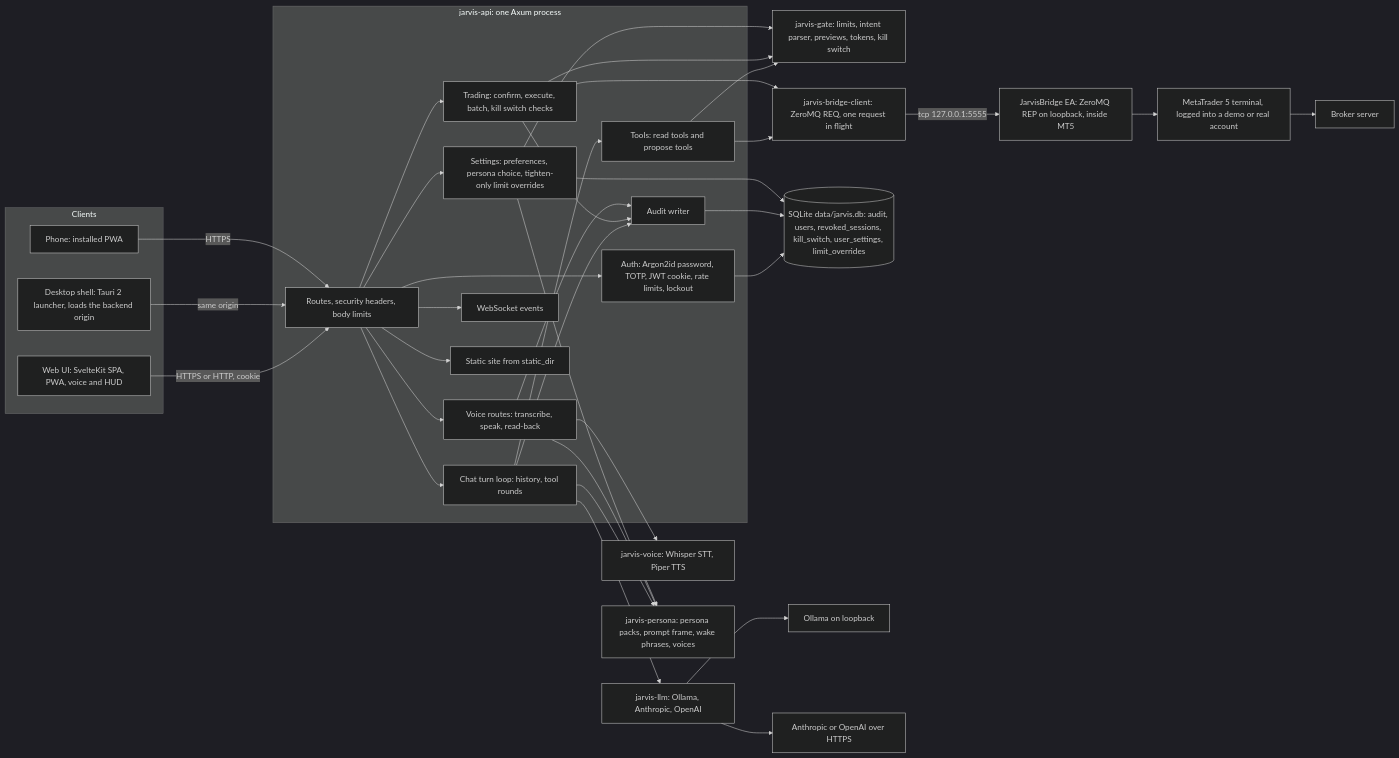
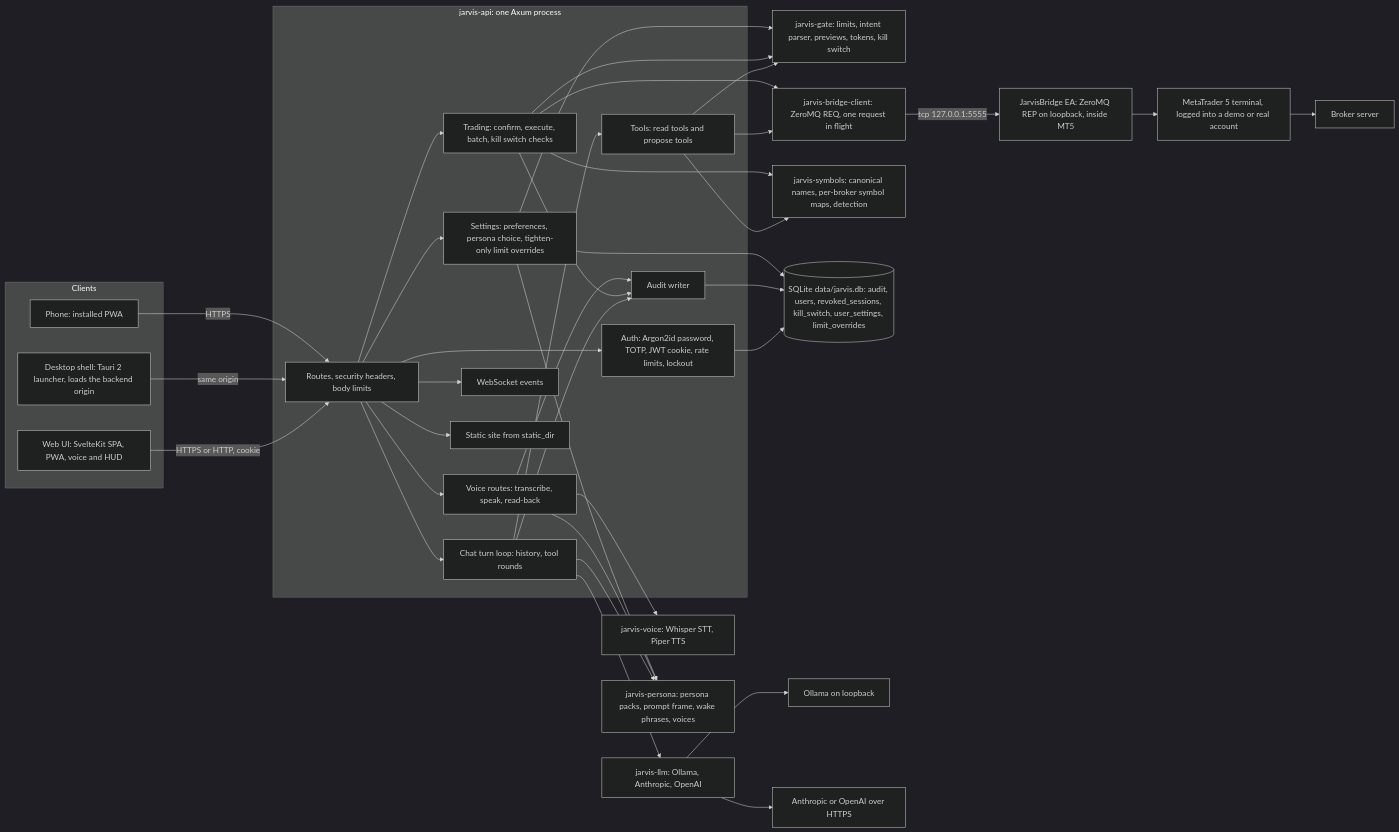
The first of 4 diagrams in docs/architecture.md (ninad-k/Jarvis-MT), drawn with Mermaid (dark theme) before and after one commit. The commit also changed other lines of this file and 9 other files, not shown here.

````diff
--- a/docs/architecture.md
+++ b/docs/architecture.md
@@ -13,66 +13,69 @@
 ```mermaid
 flowchart LR
   subgraph Clients
     WEB["Web UI: SvelteKit SPA, PWA, voice and HUD"]
     DESK["Desktop shell: Tauri 2 launcher, loads the backend origin"]
     PHONE["Phone: installed PWA"]
   end
 
   subgraph API["jarvis-api: one Axum process"]
     ROUTES["Routes, security headers, body limits"]
     AUTHM["Auth: Argon2id password, TOTP, JWT cookie, rate limits, lockout"]
     CHAT["Chat turn loop: history, tool rounds"]
     TOOLS["Tools: read tools and propose tools"]
     TRADE["Trading: confirm, execute, batch, kill switch checks"]
     VOICEM["Voice routes: transcribe, speak, read-back"]
     WSM["WebSocket events"]
     STATIC["Static site from static_dir"]
     AUDITW["Audit writer"]
     SETTINGSM["Settings: preferences, persona choice, tighten-only limit overrides"]
   end
 
   GATE["jarvis-gate: limits, intent parser, previews, tokens, kill switch"]
   BRC["jarvis-bridge-client: ZeroMQ REQ, one request in flight"]
   LLMC["jarvis-llm: Ollama, Anthropic, OpenAI"]
   VOICEC["jarvis-voice: Whisper STT, Piper TTS"]
   PERSONA["jarvis-persona: persona packs, prompt frame, wake phrases, voices"]
+  SYMB["jarvis-symbols: canonical names, per-broker symbol maps, detection"]
   DB[("SQLite data/jarvis.db: audit, users, revoked_sessions, kill_switch, user_settings, limit_overrides")]
   OLLAMA["Ollama on loopback"]
   CLOUD["Anthropic or OpenAI over HTTPS"]
   EA["JarvisBridge EA: ZeroMQ REP on loopback, inside MT5"]
   MT5["MetaTrader 5 terminal, logged into a demo or real account"]
   BROKER["Broker server"]
 
   WEB -->|HTTPS or HTTP, cookie| ROUTES
   DESK -->|same origin| ROUTES
   PHONE -->|HTTPS| ROUTES
   ROUTES --> AUTHM
   ROUTES --> CHAT
   ROUTES --> TRADE
   ROUTES --> VOICEM
   ROUTES --> WSM
   ROUTES --> STATIC
   CHAT --> TOOLS
   CHAT --> LLMC
   TOOLS --> BRC
+  TOOLS --> SYMB
+  TRADE --> SYMB
   TOOLS --> GATE
   TRADE --> GATE
   TRADE --> BRC
   VOICEM --> VOICEC
   LLMC --> OLLAMA
   LLMC --> CLOUD
   BRC -->|"tcp 127.0.0.1:5555"| EA
   EA --> MT5
   MT5 --> BROKER
   AUTHM --> DB
   AUDITW --> DB
   CHAT --> AUDITW
   TRADE --> AUDITW
   VOICEM --> AUDITW
   ROUTES --> SETTINGSM
   CHAT --> PERSONA
   VOICEM --> PERSONA
   SETTINGSM --> PERSONA
   SETTINGSM --> GATE
   SETTINGSM --> DB
 ```
````
